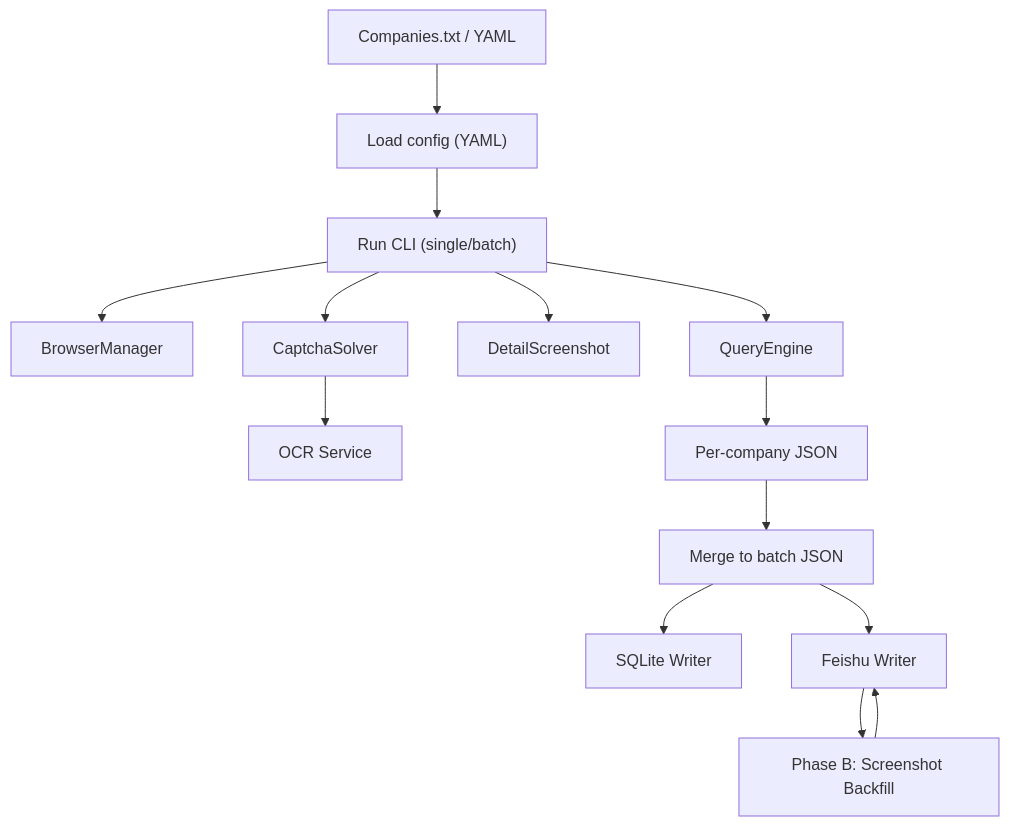
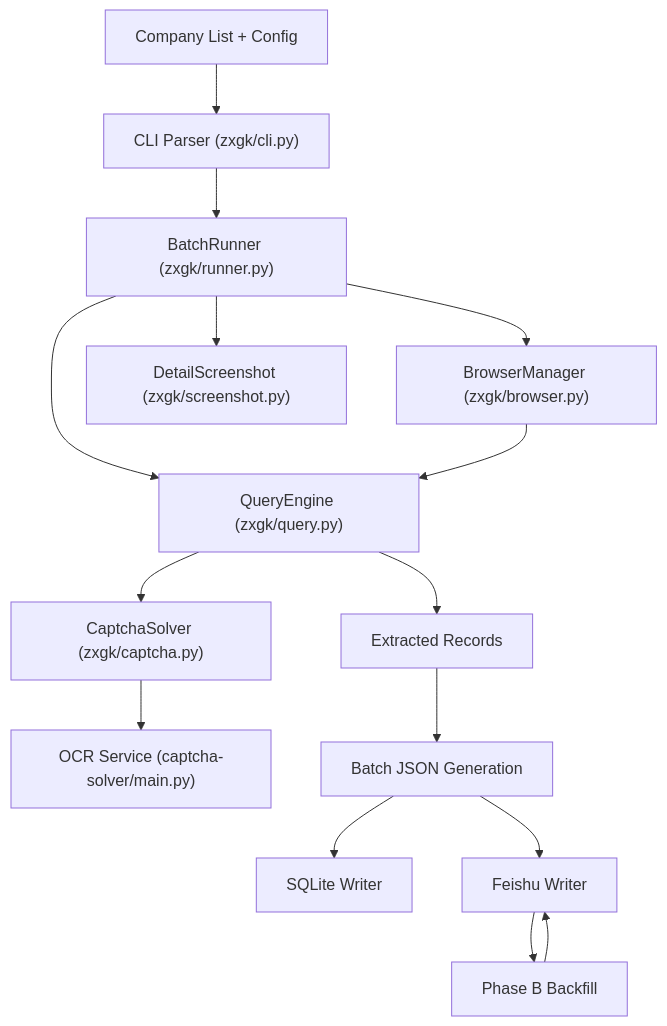
The eighth of 10 diagrams in .qoder/repowiki/en/content/Core Architecture/Core Architecture.md (supotato-ipj/zxgk_auto_query-skill), drawn with Mermaid before and after one commit. The commit also changed other lines of this file and 24 other files, not shown here.

````diff
--- a/.qoder/repowiki/en/content/Core Architecture/Core Architecture.md
+++ b/.qoder/repowiki/en/content/Core Architecture/Core Architecture.md
@@ -337,16 +586,17 @@
 ```mermaid
 flowchart TD
-In["Companies.txt / YAML"] --> LoadCfg["Load config (YAML)"]
-LoadCfg --> RunCLI["Run CLI (single/batch)"]
-RunCLI --> BM["BrowserManager"]
-RunCLI --> QE["QueryEngine"]
-RunCLI --> DS["DetailScreenshot"]
-RunCLI --> CAPT["CaptchaSolver"]
-CAPT --> OCR["OCR Service"]
-QE --> OutJSON["Per-company JSON"]
-OutJSON --> Merge["Merge to batch JSON"]
-Merge --> SQLite["SQLite Writer"]
-Merge --> Feishu["Feishu Writer"]
-Feishu --> Backfill["Phase B: Screenshot Backfill"]
+Input["Company List + Config"] --> CLI["CLI Parser (zxgk/cli.py)"]
+CLI --> Runner["BatchRunner (zxgk/runner.py)"]
+Runner --> Browser["BrowserManager (zxgk/browser.py)"]
+Runner --> Query["QueryEngine (zxgk/query.py)"]
+Runner --> Screenshot["DetailScreenshot (zxgk/screenshot.py)"]
+Query --> Captcha["CaptchaSolver (zxgk/captcha.py)"]
+Captcha --> OCR["OCR Service (captcha-solver/main.py)"]
+Browser --> Query
+Query --> Results["Extracted Records"]
+Results --> JSON["Batch JSON Generation"]
+JSON --> SQLite["SQLite Writer"]
+JSON --> Feishu["Feishu Writer"]
+Feishu --> Backfill["Phase B Backfill"]
 Backfill --> Feishu
 ```
````
